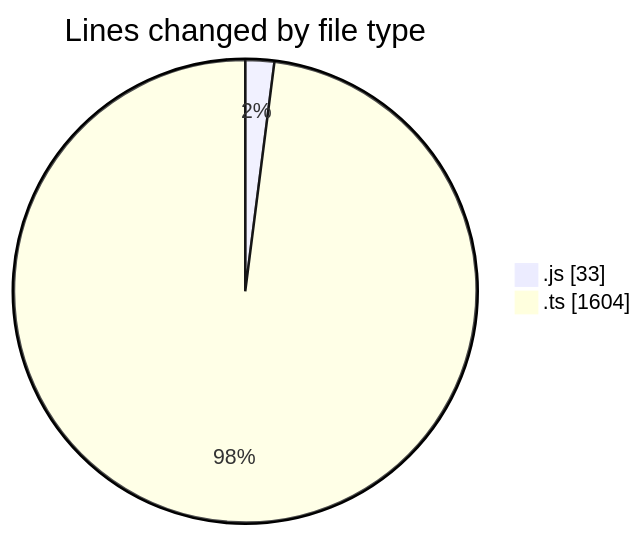
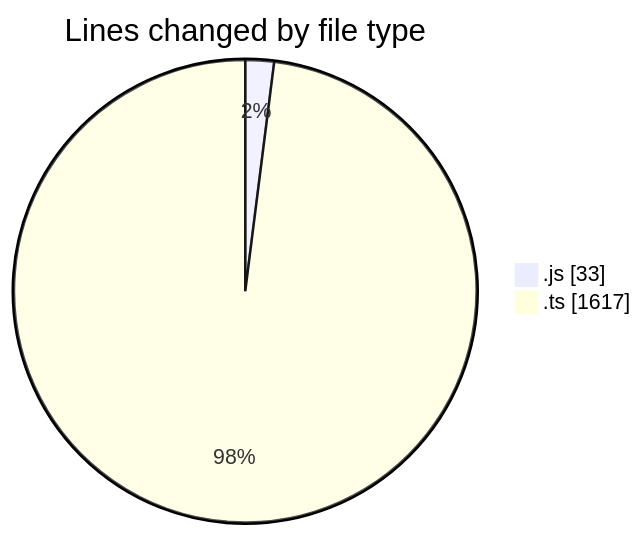
Before and after one commit to momahboobian/code-tracking: the first of 2 diagrams in 2025-09-08/cda/README.md, drawn with Mermaid. The commit also changed other lines of this file and 1 other file, not shown here.

````diff
--- a/2025-09-08/cda/README.md
+++ b/2025-09-08/cda/README.md
@@ -22,6 +22,6 @@
 ```mermaid
 pie showData
 title Lines changed by file type
 ".js" : 33
-".ts" : 1604
+".ts" : 1617
 ```
````
